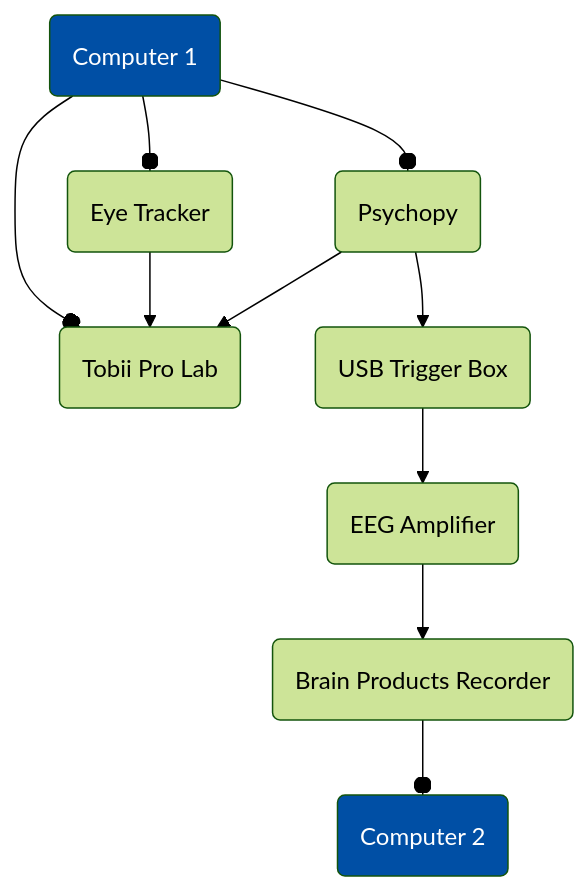
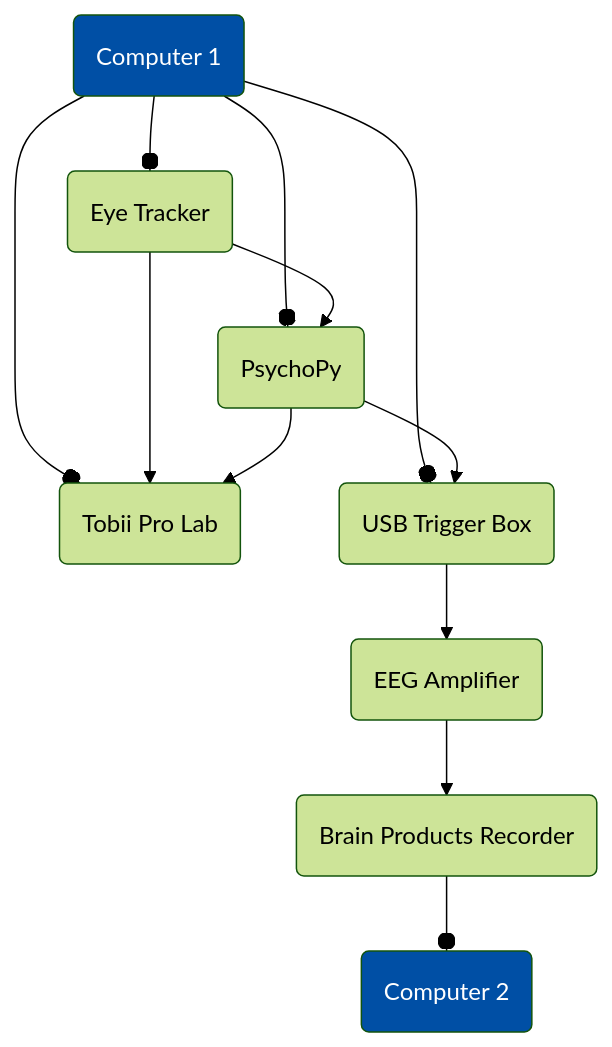
Before and after one commit to andreu-oliver/titta-eeg-demo-experiment: the diagram in readme.md, drawn with Mermaid (forest theme). The commit also changed other lines of this file and 2 other files, not shown here.

````diff
--- a/readme.md
+++ b/readme.md
@@ -9,31 +9,33 @@
 ```mermaid
 flowchart TD
 %% Nodes
     A("Computer 1")
     B("Computer 2")
     C("Tobii Pro Lab")
-    D("Psychopy")
+    D("PsychoPy")
     E("Brain Products Recorder")
     F("EEG Amplifier")
     G("USB Trigger Box")
     H("Eye Tracker")
     
 
 %% Edge connections between nodes
     A --o C
     A --o H
     A --o D
+    A --o G
 
+    H --> D
     H --> C
     D --> G
 
     E --o B
     F --> E
 
     G --> F
     D --> C
 
 %% Individual node styling. Try the visual editor toolbar for easier styling!
     style A color:#FFFFFF, fill:#004fa5
     style B color:#FFFFFF, fill:#004fa5
 ```
````
